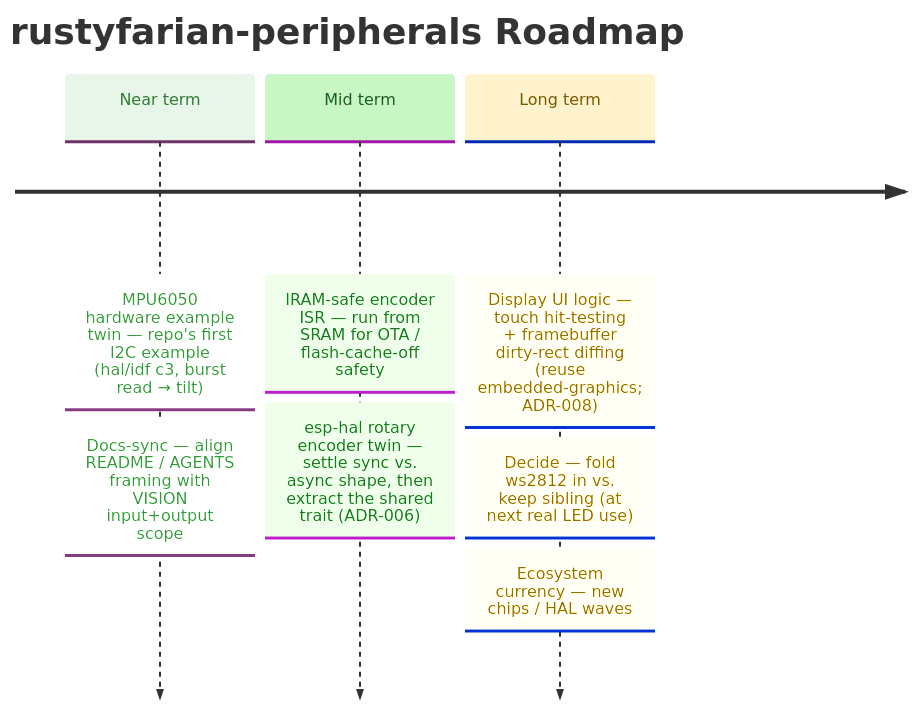
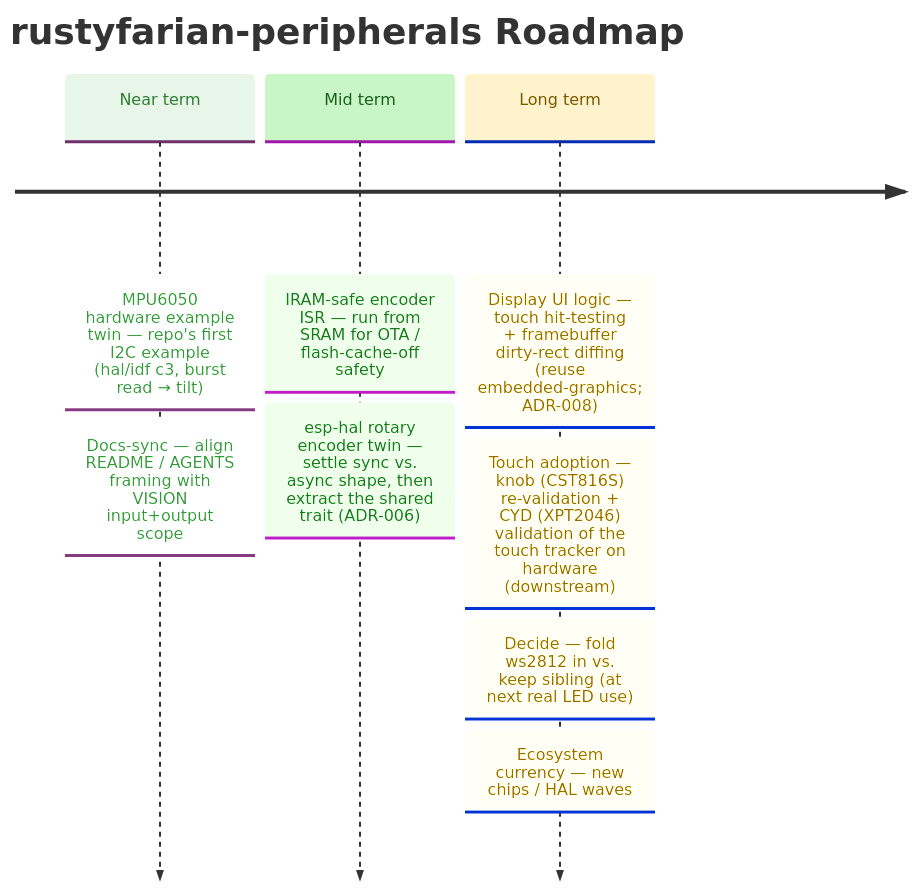
One commit to datenkollektiv/rustyfarian-peripherals changed the diagram in docs/ROADMAP.md. Above: the diagram before and after it, drawn with Mermaid. The commit also changed 3 other files, not shown here.

````diff
--- a/docs/ROADMAP.md
+++ b/docs/ROADMAP.md
@@ -10,28 +10,29 @@
 ```mermaid
 %%{init: {
   "theme": "base",
   "themeVariables": {
     "cScale0": "#e8f5e9",
     "cScaleLabel0": "#2e7d32",
     "cScale1": "#c8f7c5",
     "cScaleLabel1": "#1b5e20",
     "cScale2": "#fff3cd",
     "cScaleLabel2": "#7a5a00",
     "cScale3": "#e3f2fd",
     "cScaleLabel3": "#0d47a1"
   }
 }}%%
 
 timeline
     title rustyfarian-peripherals Roadmap
 
     Near term : MPU6050 hardware example twin — repo's first I2C example (hal/idf c3, burst read → tilt)
               : Docs-sync — align README / AGENTS framing with VISION input+output scope
 
     Mid term  : IRAM-safe encoder ISR — run from SRAM for OTA / flash-cache-off safety
               : esp-hal rotary encoder twin — settle sync vs. async shape, then extract the shared trait (ADR-006)
 
     Long term : Display UI logic — touch hit-testing + framebuffer dirty-rect diffing (reuse embedded-graphics; ADR-008)
+              : Touch adoption — knob (CST816S) re-validation + CYD (XPT2046) validation of the touch tracker on hardware (downstream)
               : Decide — fold ws2812 in vs. keep sibling (at next real LED use)
               : Ecosystem currency — new chips / HAL waves
 ```
````
